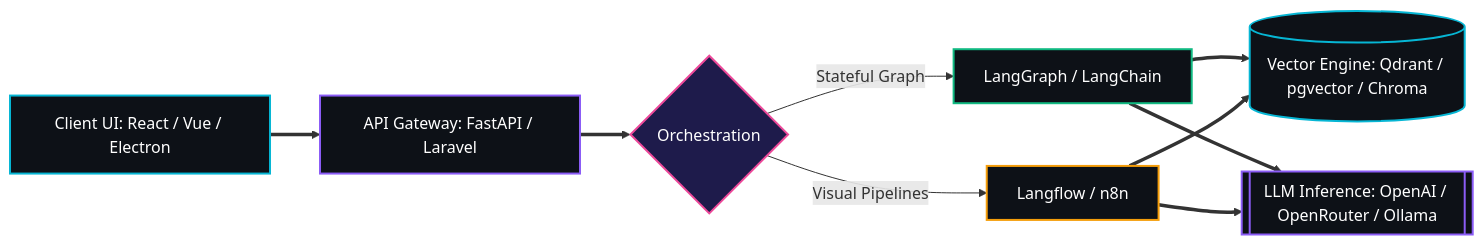
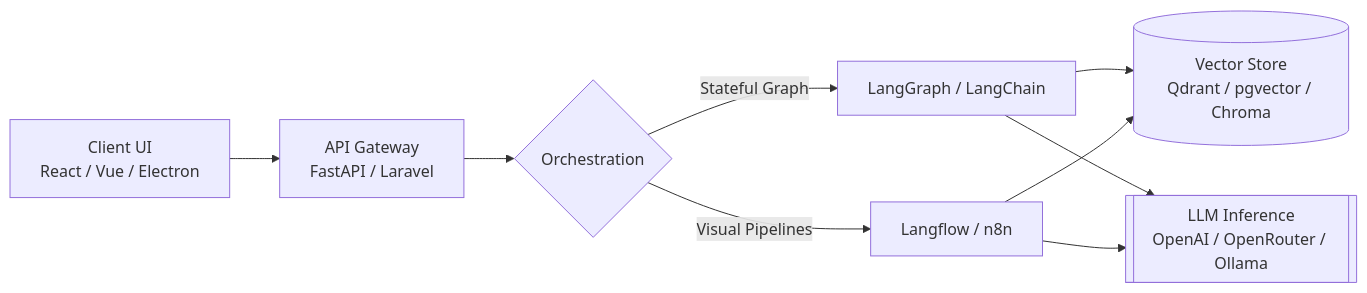
Before and after one commit to dangtuandat123/dangtuandat123: the diagram in README.md, drawn with Mermaid. The commit also changed other lines of this file, not shown here.

````diff
--- a/README.md
+++ b/README.md
@@ -56,16 +13,9 @@
 ```mermaid
 flowchart LR
-    A[Client UI: React / Vue / Electron] ==> B[API Gateway: FastAPI / Laravel]
-    B ==> C{Orchestration}
+    A[Client UI<br/>React / Vue / Electron] --> B[API Gateway<br/>FastAPI / Laravel]
+    B --> C{Orchestration}
     C -->|Stateful Graph| D[LangGraph / LangChain]
     C -->|Visual Pipelines| E[Langflow / n8n]
-    D & E ==> F[(Vector Engine: Qdrant / pgvector / Chroma)]
-    D & E ==> G[[LLM Inference: OpenAI / OpenRouter / Ollama]]
-    style A fill:#0d1117,stroke:#06b6d4,stroke-width:2px,color:#fff
-    style B fill:#0d1117,stroke:#8b5cf6,stroke-width:2px,color:#fff
-    style C fill:#1e1b4b,stroke:#ec4899,stroke-width:2px,color:#fff
-    style D fill:#0d1117,stroke:#10b981,stroke-width:2px,color:#fff
-    style E fill:#0d1117,stroke:#f59e0b,stroke-width:2px,color:#fff
-    style F fill:#0d1117,stroke:#06b6d4,stroke-width:2px,color:#fff
-    style G fill:#0d1117,stroke:#8b5cf6,stroke-width:2px,color:#fff
+    D & E --> F[(Vector Store<br/>Qdrant / pgvector / Chroma)]
+    D & E --> G[[LLM Inference<br/>OpenAI / OpenRouter / Ollama]]
 ```
````
